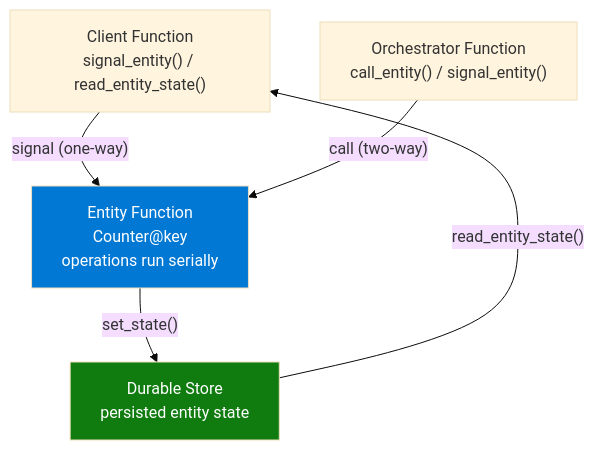
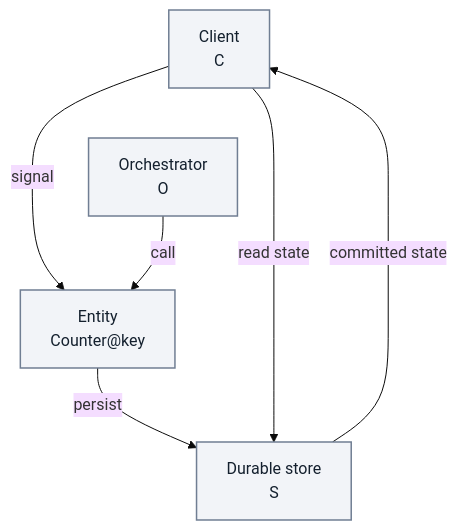
Before and after one commit to yeongseon/azure-functions-practical-guide: the first of 2 diagrams in docs/language-guides/python/recipes/durable-entities.md, drawn with Mermaid (base theme). The commit also changed other lines of this file and 4 other files, not shown here.

First line of the commit message:
docs(diagrams): migrate Functions Durable Functions — durable orchestration and durable advanced and related pages (#424)

````diff
--- a/docs/language-guides/python/recipes/durable-entities.md
+++ b/docs/language-guides/python/recipes/durable-entities.md
@@ -47,9 +47,14 @@
 ```mermaid
 flowchart TD
-    CLIENT["Client Function\nsignal_entity() / read_entity_state()"] -->|"signal (one-way)"| ENT["Entity Function\nCounter@key\noperations run serially"]
-    ORC["Orchestrator Function\ncall_entity() / signal_entity()"] -->|"call (two-way)"| ENT
-    ENT -->|"set_state()"| STORE["Durable Store\npersisted entity state"]
-    STORE -->|"read_entity_state()"| CLIENT
-    style ENT fill:#0078d4,color:#fff
-    style STORE fill:#107c10,color:#fff
+    accTitle: Durable entity access and persisted state
+    accDescr: Clients signal entities and query committed state in the tracking store. Orchestrators call or signal entities. Each entity runs operations serially, and the runtime persists its state. This is a logical API view.
+    CLIENT["Client<br/>C"] -->|"signal"| ENT["Entity<br/>Counter@key"]
+    ORC["Orchestrator<br/>O"] -->|"call"| ENT
+    ENT -->|"persist"| STORE["Durable store<br/>S"]
+    STORE -->|"committed state"| CLIENT
+    CLIENT -->|"read state"| STORE
+    %% Layout-only tier; adds no entity operation or semantic arrow.
+    CLIENT ~~~ ORC
+    classDef neutral fill:#f2f4f8,stroke:#707e93,stroke-width:1.5px,color:#14202e;
+    class CLIENT,ORC,ENT,STORE neutral;
 ```
````
